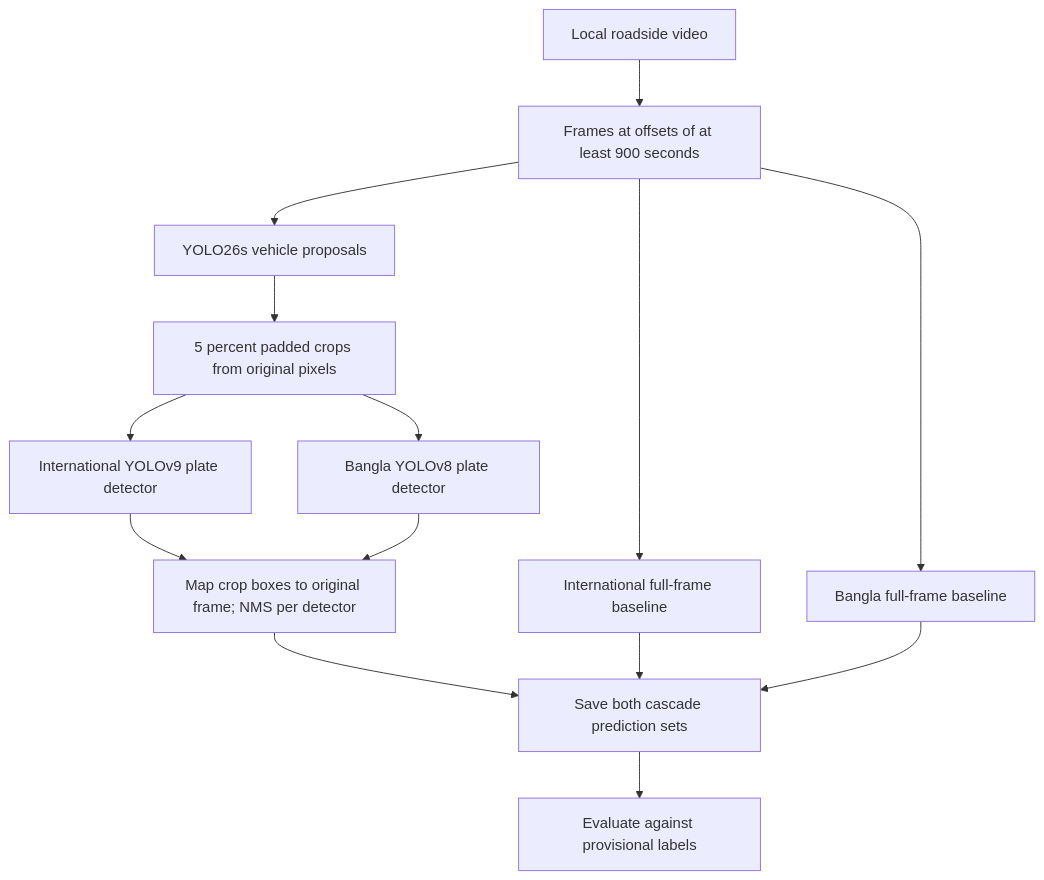
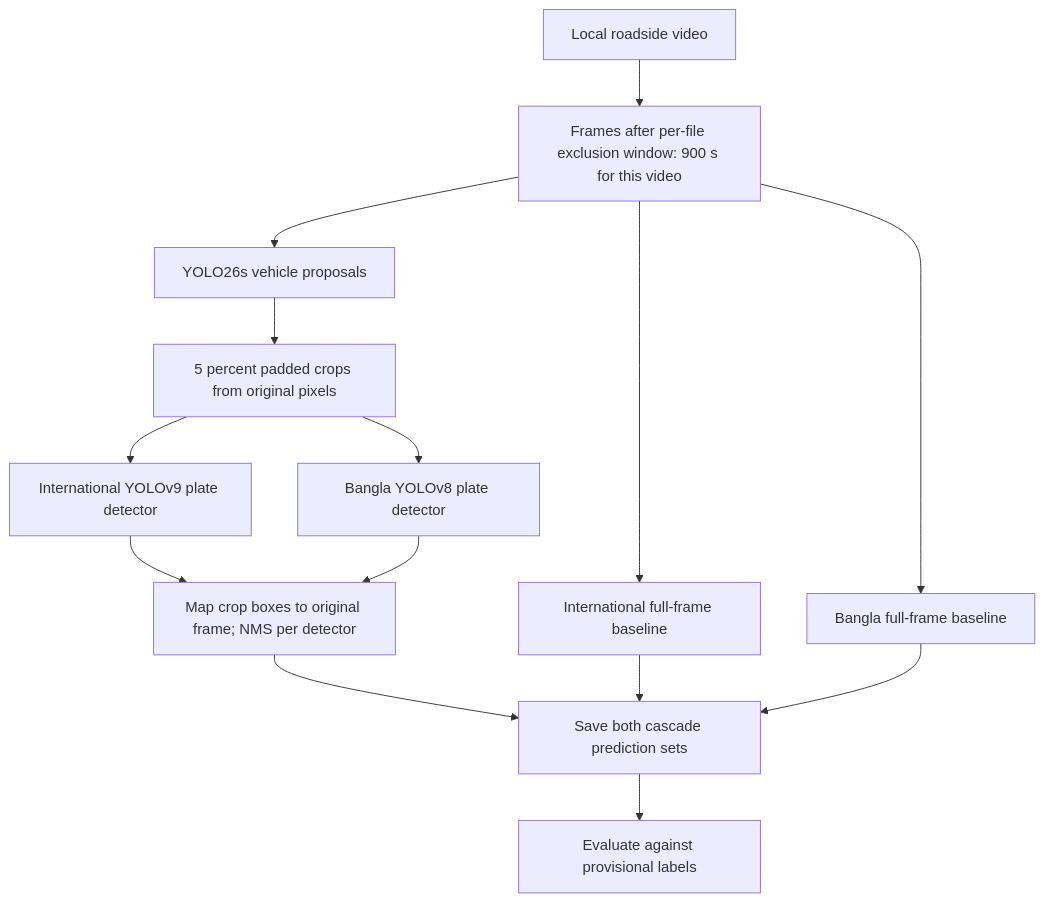
Before and after one commit to zarifbinhasnat/a-better-model-for-dhaka-city: the first of 2 diagrams in outputs/ARCHITECTURE.md, drawn with Mermaid. The commit also changed other lines of this file and 90 other files, not shown here.

Commit message:
Per-file 900 s exclusion, rickshaw no-registration, labelling UI and Kaggle fine-tune pipeline

````diff
--- a/outputs/ARCHITECTURE.md
+++ b/outputs/ARCHITECTURE.md
@@ -29,16 +29,16 @@
 ```mermaid
 flowchart TD
-    V[Local roadside video] --> F[Frames at offsets of at least 900 seconds]
+    V[Local roadside video] --> F[Frames after per-file exclusion window: 900 s for this video]
     F --> D[YOLO26s vehicle proposals]
     D --> C[5 percent padded crops from original pixels]
     C --> I[International YOLOv9 plate detector]
     C --> B[Bangla YOLOv8 plate detector]
     F --> IF[International full-frame baseline]
     F --> BF[Bangla full-frame baseline]
     I --> M[Map crop boxes to original frame; NMS per detector]
     B --> M
     M --> J[Save both cascade prediction sets]
     IF --> J
     BF --> J
     J --> E[Evaluate against provisional labels]
 ```
````
